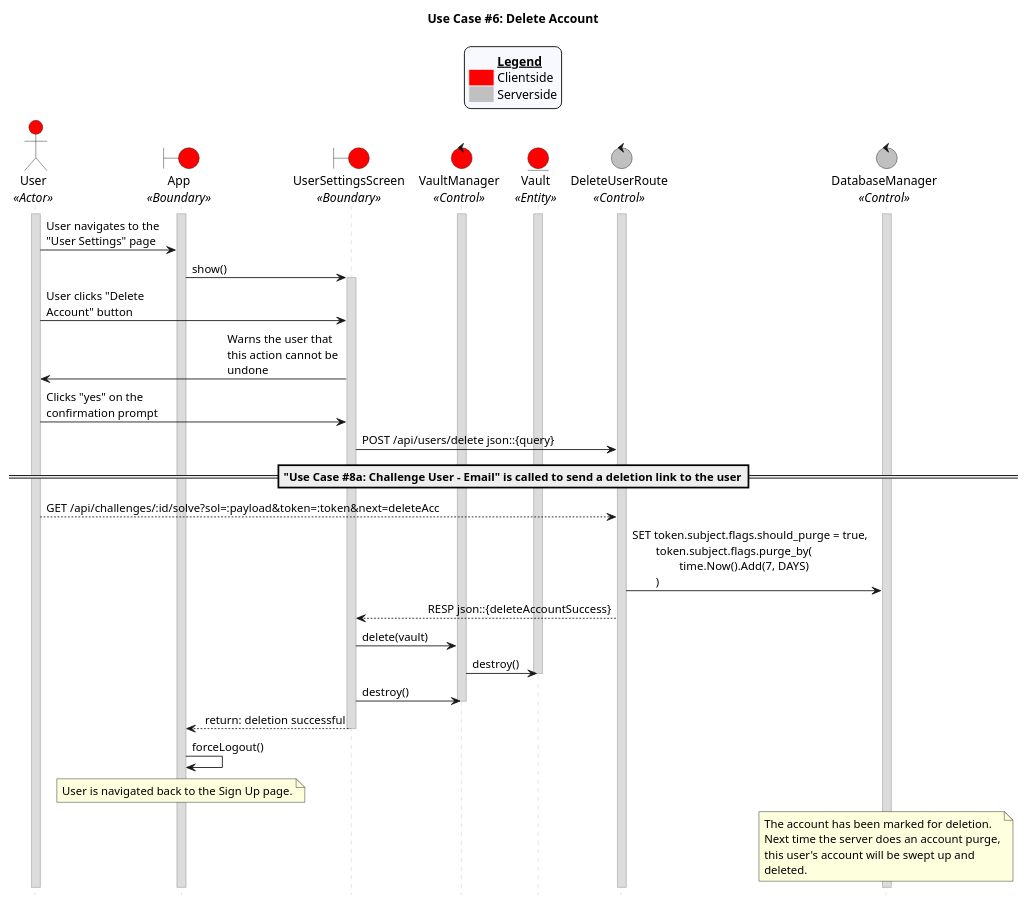
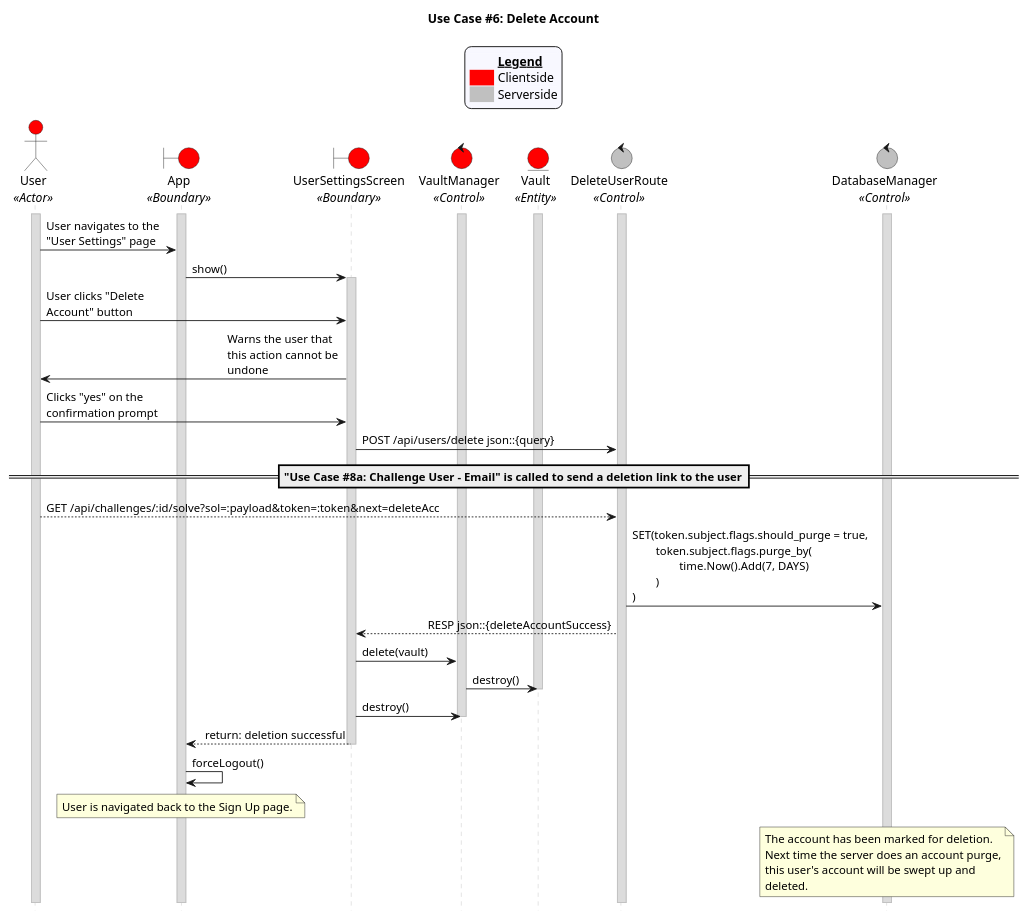
Before and after one commit to CECS-491-SP24-Group-1/seq-diagrams: the diagram in uc_06.puml, drawn with PlantUML. The commit also changed 4 other files, not shown here.

```diff
--- a/uc_06.puml
+++ b/uc_06.puml
@@ -1,92 +1,92 @@
 @startuml uc06
 title "Use Case #6: Delete Account"
 
 'Styling goes here
 hide footbox
 skinparam stereotypePosition bottom
 skinparam sequenceMessageAlign direction
 skinparam sequence {
 	LifeLineBorderColor #Silver
 	LifeLineBackgroundColor #Gainsboro
 }
 
 'Add a legend plus styling
 skinparam legend {
 	backgroundColor #GhostWhite
 	entrySeparator #GhostWhite
 }
 
 legend top
 	<#GhostWhite,#GhostWhite>|	|= __Legend__ |
 	|<#red> | Clientside|
 	|<#silver> | Serverside|
 endlegend
 
 'Setup the objects
 actor User as u <<Actor>> #red
 boundary App as a <<Boundary>> #red
 boundary UserSettingsScreen as uss <<Boundary>> #red
 control VaultManager as vm <<Control>> #red
 entity Vault as v <<Entity>> #red
 control DeleteUserRoute as dur <<Control>> #silver
 control DatabaseManager as db <<Control>> #silver
 
 'Setup persistent objects here
 activate u
 activate a
 activate vm
 activate v
 activate dur
 activate db
 
 '--- FLOW OF CONTROL STARTS HERE ---
 'User navigates to the "User Settings" page.
 u -> a: User navigates to the \n"User Settings" page
 a -> uss: show()
 activate uss
 
 'User clicks "Delete Account" button.
 u -> uss: User clicks "Delete \nAccount" button
 uss -> u: Warns the user that \nthis action cannot be \nundone
 u -> uss: Clicks "yes" on the \nconfirmation prompt
 
 'Users device sends a deletion request to the server.
 uss -> dur: POST /api/users/delete json::{query}
 
 'Server challenges user to verify the authenticity of the user.
 'Server sends an email containing a link to confirm account deletion.
 =="Use Case #8a: Challenge User - Email" is called to send a deletion link to the user==
 
 'User receives the email and clicks the link to finish the process of deleting account
 u --> dur: GET /api/challenges/:id/solve?sol=:payload&token=:token&next=deleteAcc
 
 'Database manager marks the account for deletion and sends the user a notification via email
-dur -> db: SET token.subject.flags.should_purge = true,\n\ttoken.subject.flags.purge_by(\n\t\ttime.Now().Add(7, DAYS)\n\t)
+dur -> db: SET(token.subject.flags.should_purge = true,\n\ttoken.subject.flags.purge_by(\n\t\ttime.Now().Add(7, DAYS)\n\t)\n)
 
 'Do cleanup serverside.
 dur --> uss: RESP json::{deleteAccountSuccess}
 uss -> vm: delete(vault)
 vm -> v: destroy()
 deactivate v
 uss -> vm: destroy()
 deactivate vm
 uss --> a: return: deletion successful
 
 'User is navigated to the “Sign Up” page.
 deactivate uss
 a -> a: forceLogout()
 
 'Cleanup
 note over a
 	User is navigated back to the Sign Up page.
 end note
 
 note over db
 	The account has been marked for deletion.
 	Next time the server does an account purge,
 	this user's account will be swept up and 
 	deleted.
 end note
 '--- FLOW OF CONTROL ENDS HERE   ---
 
 @enduml
```
